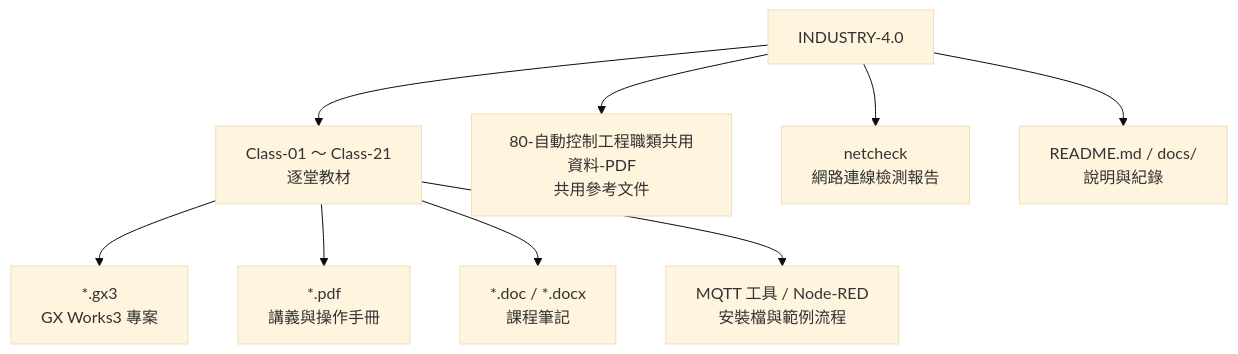
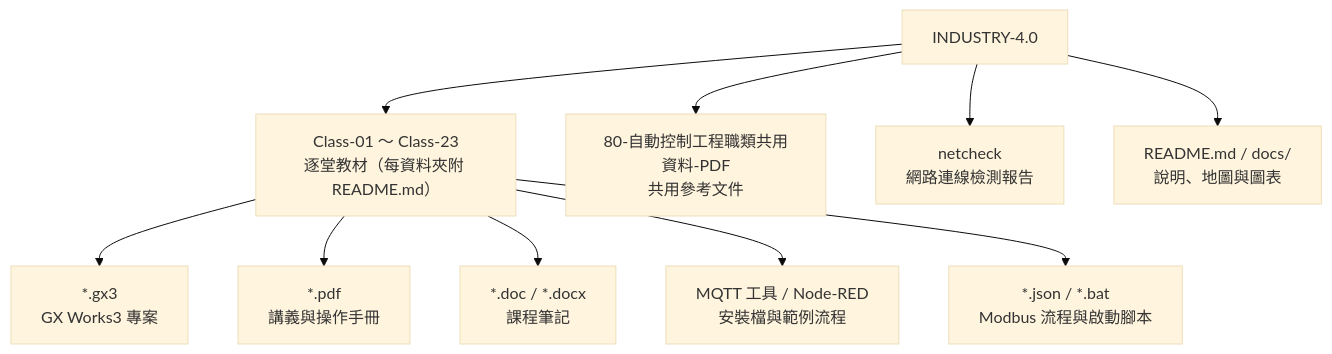
Before and after one commit to yd7148/INDUSTRY-4.0: the second of 5 diagrams in README.md, drawn with Mermaid (base theme). The commit also changed other lines of this file and 107 other files, not shown here.

Commit message:
Add Class-23-2026-11-05 course materials, class folder READMEs, course timeline SVG, playlist index

````diff
--- a/README.md
+++ b/README.md
@@ -38,12 +41,13 @@
 ```mermaid
 flowchart TB
-    REPO["INDUSTRY-4.0"] --> CLS["Class-01 ～ Class-21<br/>逐堂教材"]
+    REPO["INDUSTRY-4.0"] --> CLS["Class-01 ～ Class-23<br/>逐堂教材（每資料夾附 README.md）"]
     REPO --> LIB["80-自動控制工程職類共用資料-PDF<br/>共用參考文件"]
     REPO --> NET["netcheck<br/>網路連線檢測報告"]
-    REPO --> DOC["README.md / docs/<br/>說明與紀錄"]
+    REPO --> DOC["README.md / docs/<br/>說明、地圖與圖表"]
 
     CLS --> GX["*.gx3<br/>GX Works3 專案"]
     CLS --> PDF["*.pdf<br/>講義與操作手冊"]
     CLS --> DOCX["*.doc / *.docx<br/>課程筆記"]
     CLS --> TOOL["MQTT 工具 / Node-RED<br/>安裝檔與範例流程"]
+    CLS --> JSON["*.json / *.bat<br/>Modbus 流程與啟動腳本"]
 ```
````
